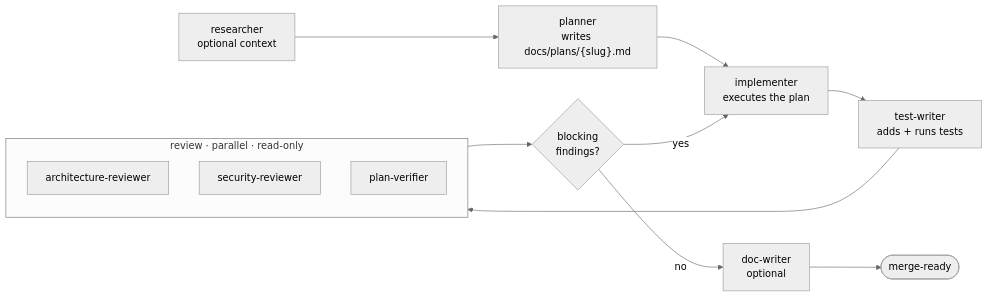
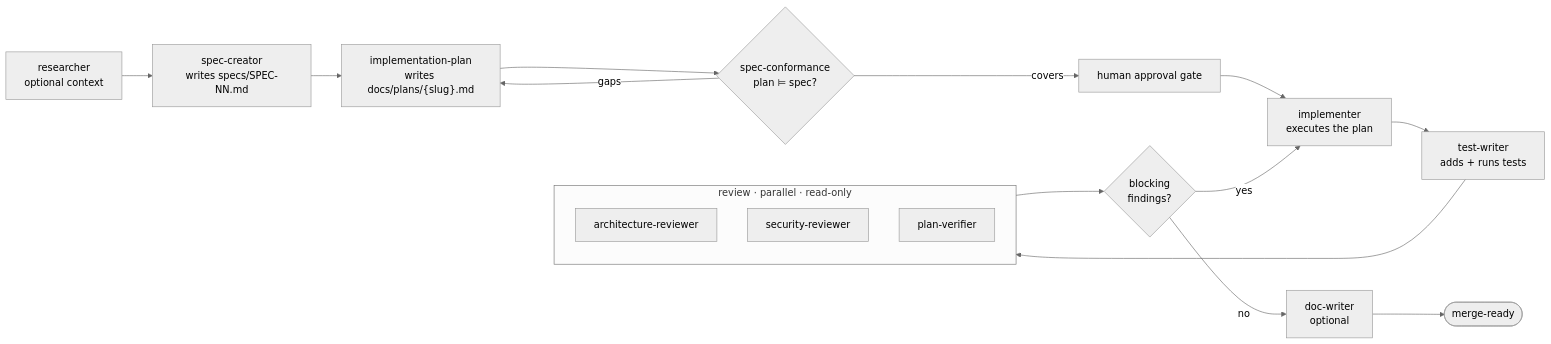
The diagram in .claude/agents/README.md (stdroniv/dev-digest), drawn with Mermaid (neutral theme) before and after one commit. The commit also changed other lines of this file and 23 other files, not shown here.

Commit message:
L05 - create spec-creator agent, refactor other agents to be SDD-first

````diff
--- a/.claude/agents/README.md
+++ b/.claude/agents/README.md
@@ -37,17 +44,21 @@
 ```mermaid
 flowchart LR
-    R["researcher<br/>optional context"] --> P["planner<br/>writes docs/plans/{slug}.md"]
-    P --> I["implementer<br/>executes the plan"]
+    R["researcher<br/>optional context"] --> S["spec-creator<br/>writes specs/SPEC-NN.md"]
+    S --> P["implementation-plan<br/>writes docs/plans/{slug}.md"]
+    P --> SC{"spec-conformance<br/>plan ⊨ spec?"}
+    SC -- gaps --> P
+    SC -- covers --> A["human approval gate"]
+    A --> I["implementer<br/>executes the plan"]
     I --> T["test-writer<br/>adds + runs tests"]
     T --> Rev
     subgraph Rev["review · parallel · read-only"]
         direction TB
         AR["architecture-reviewer"]
         SR["security-reviewer"]
         PV["plan-verifier"]
     end
     Rev --> G{"blocking<br/>findings?"}
     G -- yes --> I
     G -- no --> D["doc-writer<br/>optional"]
     D --> Done(["merge-ready"])
 ```
````
